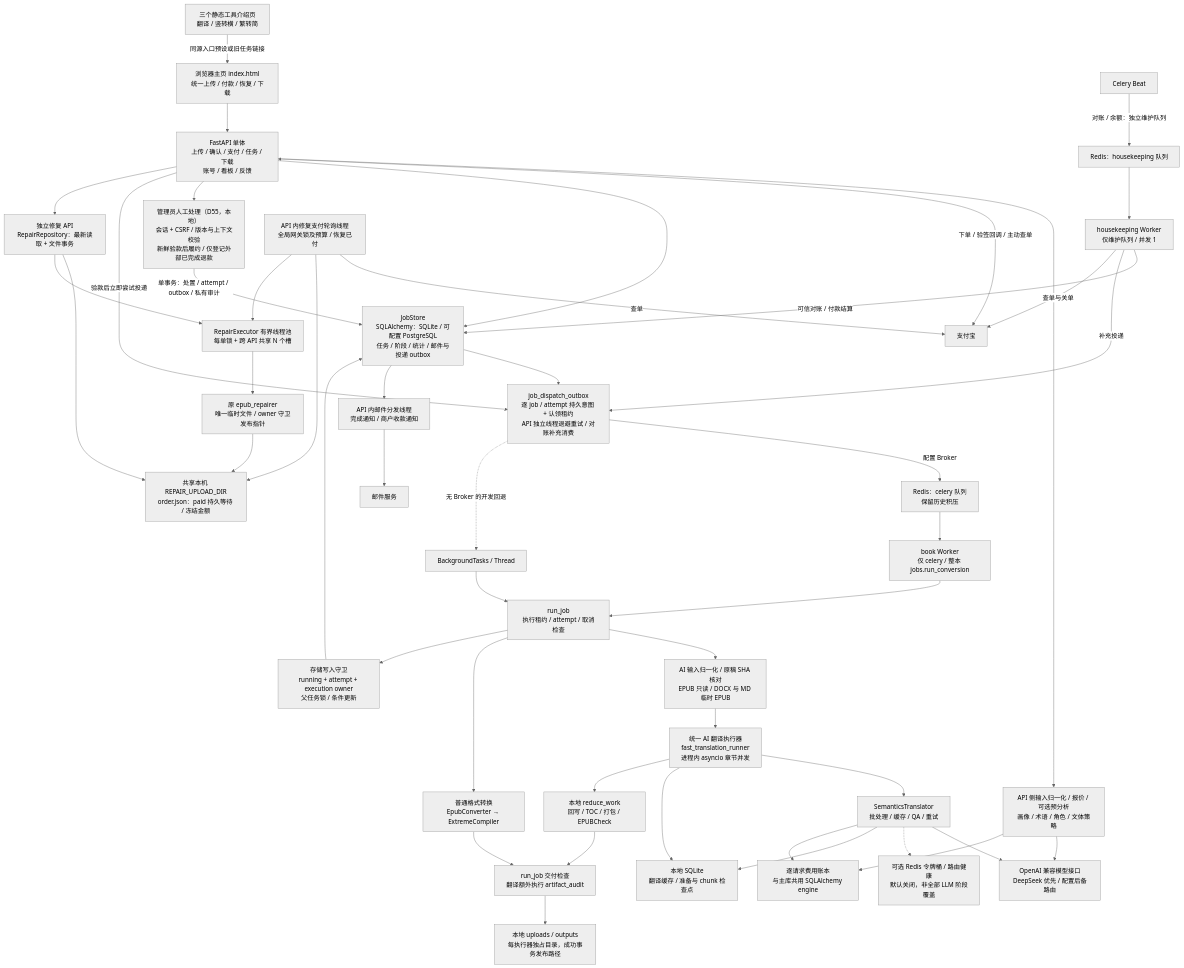
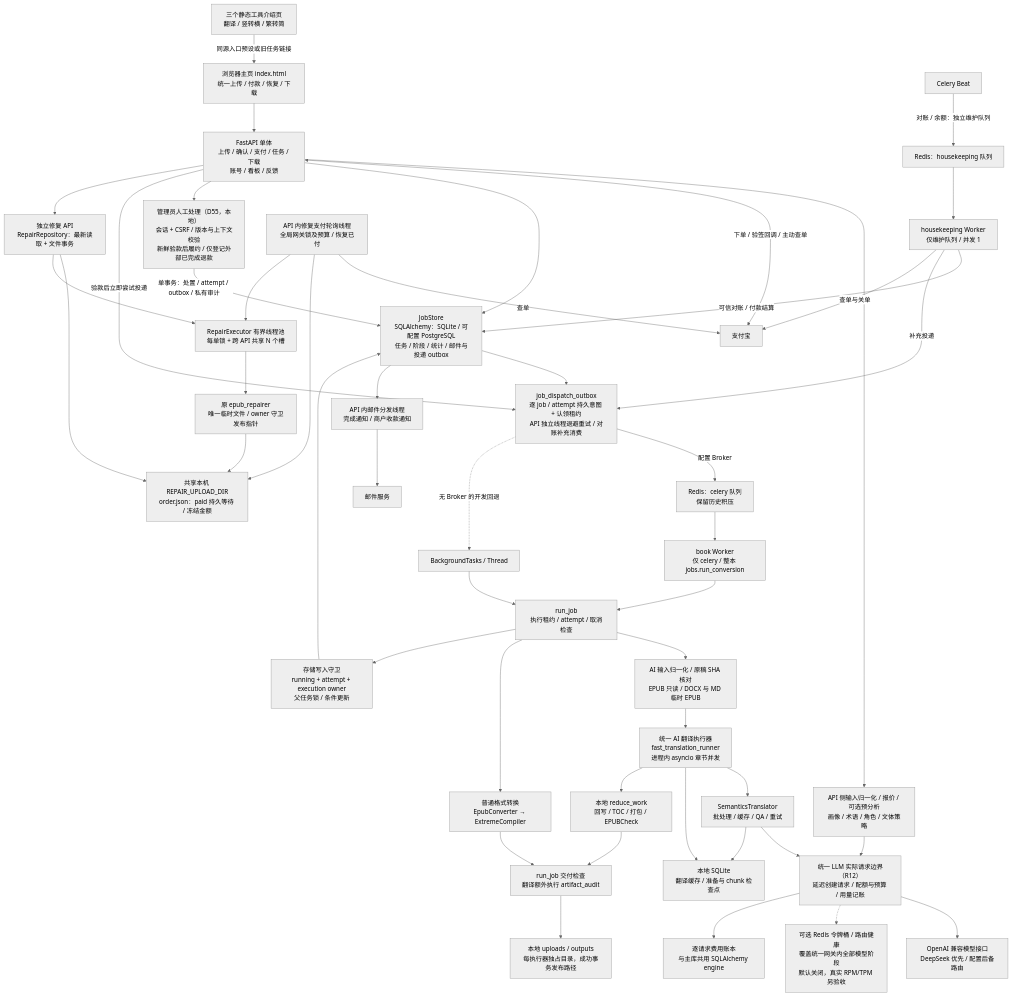
The first of 7 diagrams in docs/ARCHITECTURE-DIAGRAM.md (zengchanghuan/epub-factory), drawn with Mermaid (neutral theme) before and after one commit. The commit also changed other lines of this file and 57 other files, not shown here.

````diff
--- a/docs/ARCHITECTURE-DIAGRAM.md
+++ b/docs/ARCHITECTURE-DIAGRAM.md
@@ -23,49 +23,49 @@
 ```mermaid
 flowchart TB
   SEO["三个静态工具介绍页<br/>翻译 / 竖转横 / 繁转简"] -->|"同源入口预设或旧任务链接"| U["浏览器主页 index.html<br/>统一上传 / 付款 / 恢复 / 下载"]
   U --> API["FastAPI 单体<br/>上传 / 确认 / 支付 / 任务 / 下载<br/>账号 / 看板 / 反馈"]
   API --> Preflight["API 侧输入归一化 / 报价 / 可选预分析<br/>画像 / 术语 / 角色 / 文体策略"]
-  Preflight --> LLM["OpenAI 兼容模型接口<br/>DeepSeek 优先 / 配置后备路由"]
+  Preflight --> Gateway["统一 LLM 实际请求边界（R12）<br/>延迟创建请求 / 配额与预算 / 用量记账"]
+  Gateway --> LLM["OpenAI 兼容模型接口<br/>DeepSeek 优先 / 配置后备路由"]
   API <-->|"下单 / 验签回调 / 主动查单"| Pay["支付宝"]
   API --> Store["JobStore<br/>SQLAlchemy：SQLite / 可配置 PostgreSQL<br/>任务 / 阶段 / 统计 / 邮件与投递 outbox"]
   API --> AdminReview["管理员人工处理（D55，本地）<br/>会话 + CSRF / 版本与上下文校验<br/>新鲜验款后履约 / 仅登记外部已完成退款"]
   AdminReview -->|"单事务：处置 / attempt / outbox / 私有审计"| Store
   Store --> Dispatch["job_dispatch_outbox<br/>逐 job / attempt 持久意图 + 认领租约<br/>API 独立线程退避重试 / 对账补充消费"]
   API -->|"验款后立即尝试投递"| Dispatch
   Dispatch -->|"配置 Broker"| BookQueue["Redis：celery 队列<br/>保留历史积压"]
   BookQueue --> Worker["book Worker<br/>仅 celery / 整本 jobs.run_conversion"]
   HouseQueue["Redis：housekeeping 队列"] --> HouseWorker["housekeeping Worker<br/>仅维护队列 / 并发 1"]
   HouseWorker -->|"可信对账 / 付款结算"| Store
   HouseWorker -->|"补充投递"| Dispatch
   HouseWorker -->|"查单与关单"| Pay
   Dispatch -.->|"无 Broker 的开发回退"| Local["BackgroundTasks / Thread"]
   Worker --> Runner["run_job<br/>执行租约 / attempt / 取消检查"]
   Local --> Runner
   Runner --> Normalize["AI 输入归一化 / 原稿 SHA 核对<br/>EPUB 只读 / DOCX 与 MD 临时 EPUB"]
   Normalize --> Fast["统一 AI 翻译执行器<br/>fast_translation_runner<br/>进程内 asyncio 章节并发"]
   Runner --> Standard["普通格式转换<br/>EpubConverter → ExtremeCompiler"]
   Fast --> Translator["SemanticsTranslator<br/>批处理 / 缓存 / QA / 重试"]
-  Translator --> LLM
-  Translator -.-> Guard["可选 Redis 令牌桶 / 路由健康<br/>默认关闭，非全部 LLM 阶段覆盖"]
+  Translator --> Gateway
+  Gateway -.-> Guard["可选 Redis 令牌桶 / 路由健康<br/>覆盖统一网关内全部模型阶段<br/>默认关闭，真实 RPM/TPM 另验收"]
   Fast --> Cache["本地 SQLite<br/>翻译缓存 / 准备与 chunk 检查点"]
   Translator --> Cache
   Fast --> Reduce["本地 reduce_work<br/>回写 / TOC / 打包 / EPUBCheck"]
   Standard --> Gate["run_job 交付检查<br/>翻译额外执行 artifact_audit"]
   Reduce --> Gate
   Gate --> Files["本地 uploads / outputs<br/>每执行器独占目录，成功事务发布路径"]
   Runner --> Fence["存储写入守卫<br/>running + attempt + execution owner<br/>父任务锁 / 条件更新"]
   Fence --> Store
-  Preflight --> Ledger["逐请求费用账本<br/>与主库共用 SQLAlchemy engine"]
-  Translator --> Ledger
+  Gateway --> Ledger["逐请求费用账本<br/>与主库共用 SQLAlchemy engine"]
   API --> Repair["独立修复 API<br/>RepairRepository：最新读取 + 文件事务"]
   Repair --> RepairStore["共享本机 REPAIR_UPLOAD_DIR<br/>order.json：paid 持久等待 / 冻结金额"]
   RepairWorker["API 内修复支付轮询线程<br/>全局网关锁及预算 / 恢复已付"] -->|"查单"| Pay
   RepairWorker --> RepairStore
   Repair --> RepairExecutor["RepairExecutor 有界线程池<br/>每单锁 + 跨 API 共享 N 个槽"]
   RepairWorker --> RepairExecutor
   RepairExecutor --> RepairEngine["原 epub_repairer<br/>唯一临时文件 / owner 守卫发布指针"]
   RepairEngine --> RepairStore
   Store --> Mail["API 内邮件分发线程<br/>完成通知 / 商户收款通知"]
   Mail --> SMTP["邮件服务"]
   Beat["Celery Beat"] -->|"对账 / 余额：独立维护队列"| HouseQueue
 ```
````
